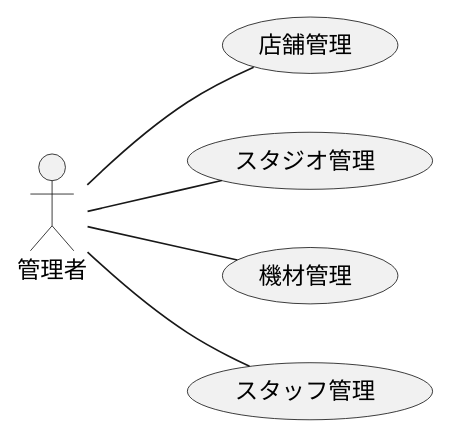
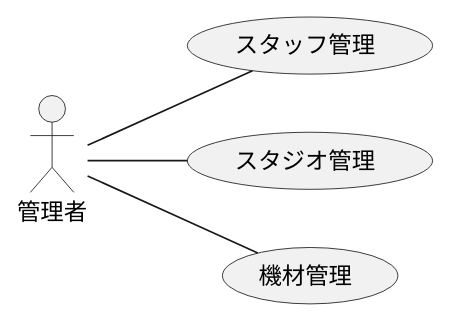
One commit to TakashiOnawa/ddd-practice-studio-reservation changed the diagram in modeling/04_BusinessUsecase_設備管理.pu. Above: the diagram before and after it, drawn with PlantUML. The commit also changed 38 other files, not shown here.

```diff
--- a/modeling/04_BusinessUsecase_設備管理.pu
+++ b/modeling/04_BusinessUsecase_設備管理.pu
@@ -1,12 +1,11 @@
 @startuml BusinessUsecase
 
 left to right direction
 
 actor 管理者
 
-管理者 -- (店舗管理)
+管理者 -- (スタッフ管理)
 管理者 -- (スタジオ管理)
 管理者 -- (機材管理)
-管理者 -- (スタッフ管理)
 
 @enduml
```
